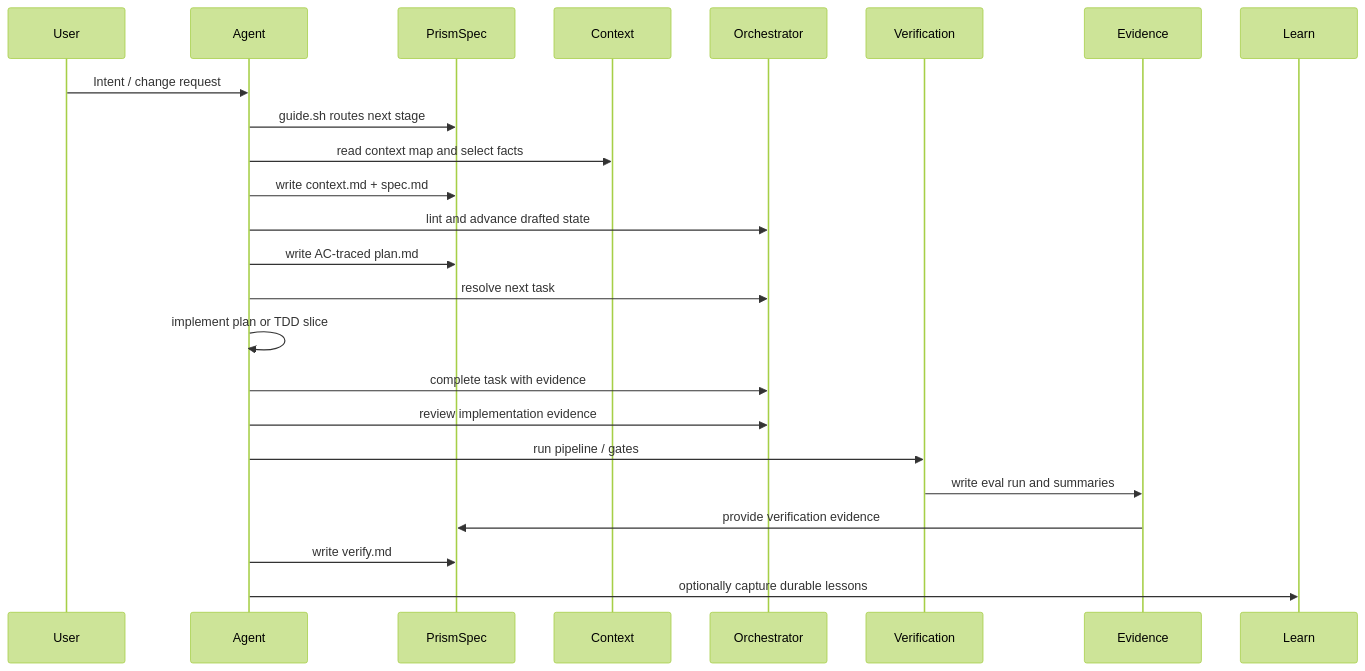
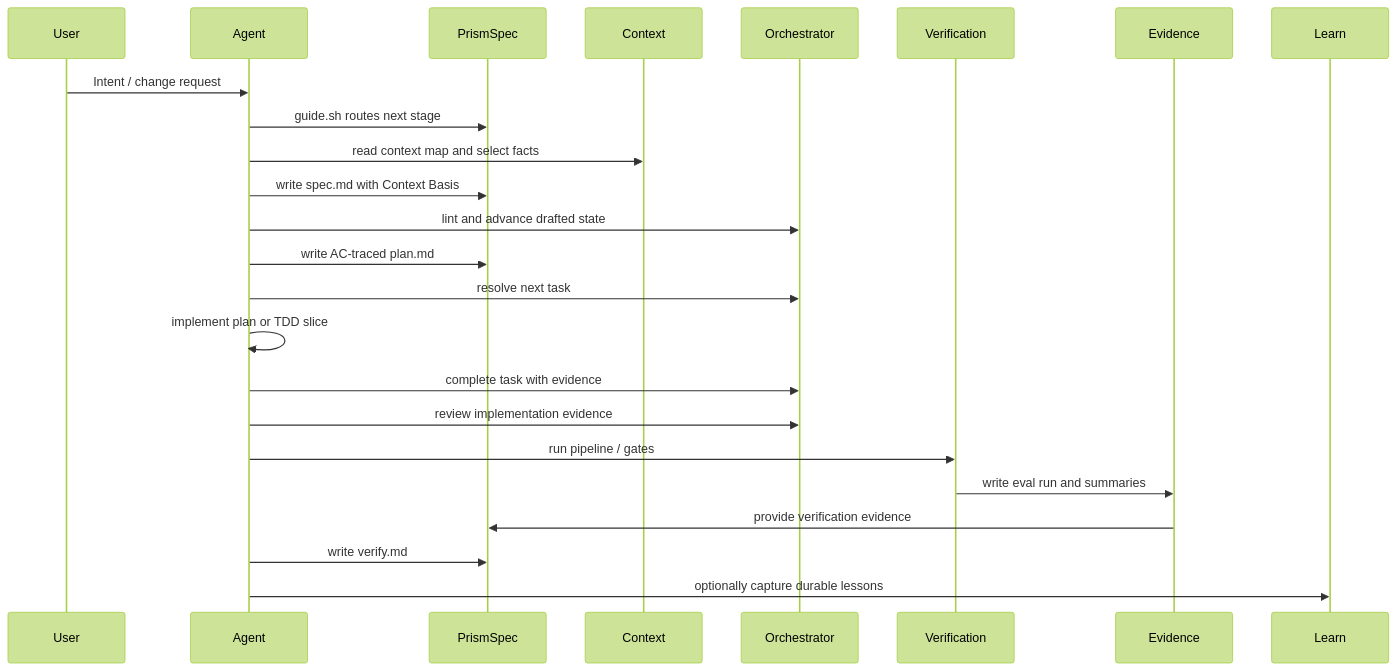
Before and after one commit to Spadex/halo: the second of 2 diagrams in docs/wiki/overall-design.md, drawn with Mermaid (forest theme). The commit also changed other lines of this file and 64 other files, not shown here.

````diff
--- a/docs/wiki/overall-design.md
+++ b/docs/wiki/overall-design.md
@@ -91,27 +91,27 @@
 ```mermaid
 sequenceDiagram
     participant User
     participant Agent
     participant PS as PrismSpec
     participant C as Context
     participant O as Orchestrator
     participant V as Verification
     participant E as Evidence
     participant L as Learn
 
     User->>Agent: Intent / change request
     Agent->>PS: guide.sh routes next stage
     Agent->>C: read context map and select facts
-    Agent->>PS: write context.md + spec.md
+    Agent->>PS: write spec.md with Context Basis
     Agent->>O: lint and advance drafted state
     Agent->>PS: write AC-traced plan.md
     Agent->>O: resolve next task
     Agent->>Agent: implement plan or TDD slice
     Agent->>O: complete task with evidence
     Agent->>O: review implementation evidence
     Agent->>V: run pipeline / gates
     V->>E: write eval run and summaries
     E->>PS: provide verification evidence
     Agent->>PS: write verify.md
     Agent->>L: optionally capture durable lessons
 ```
````
